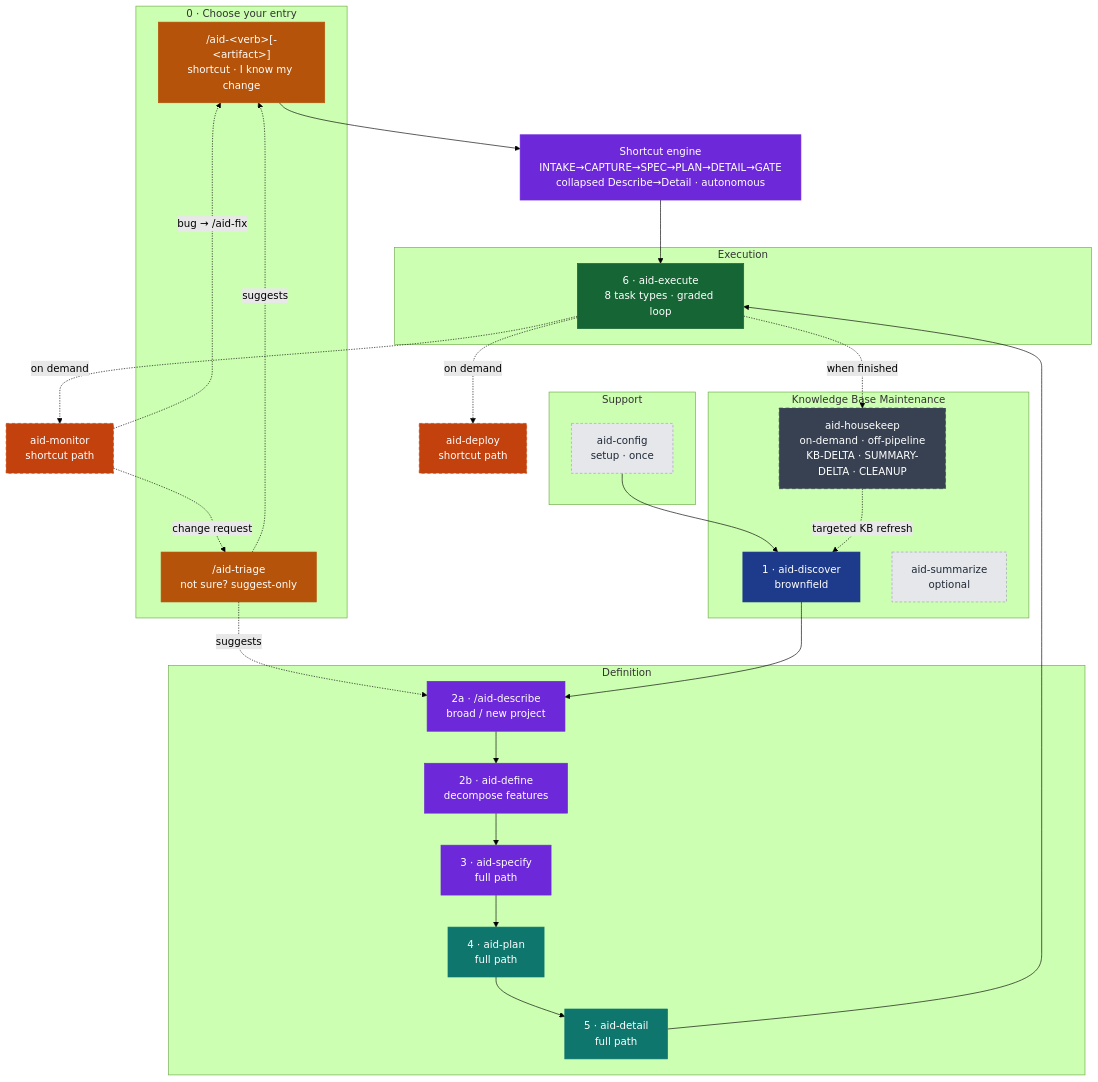
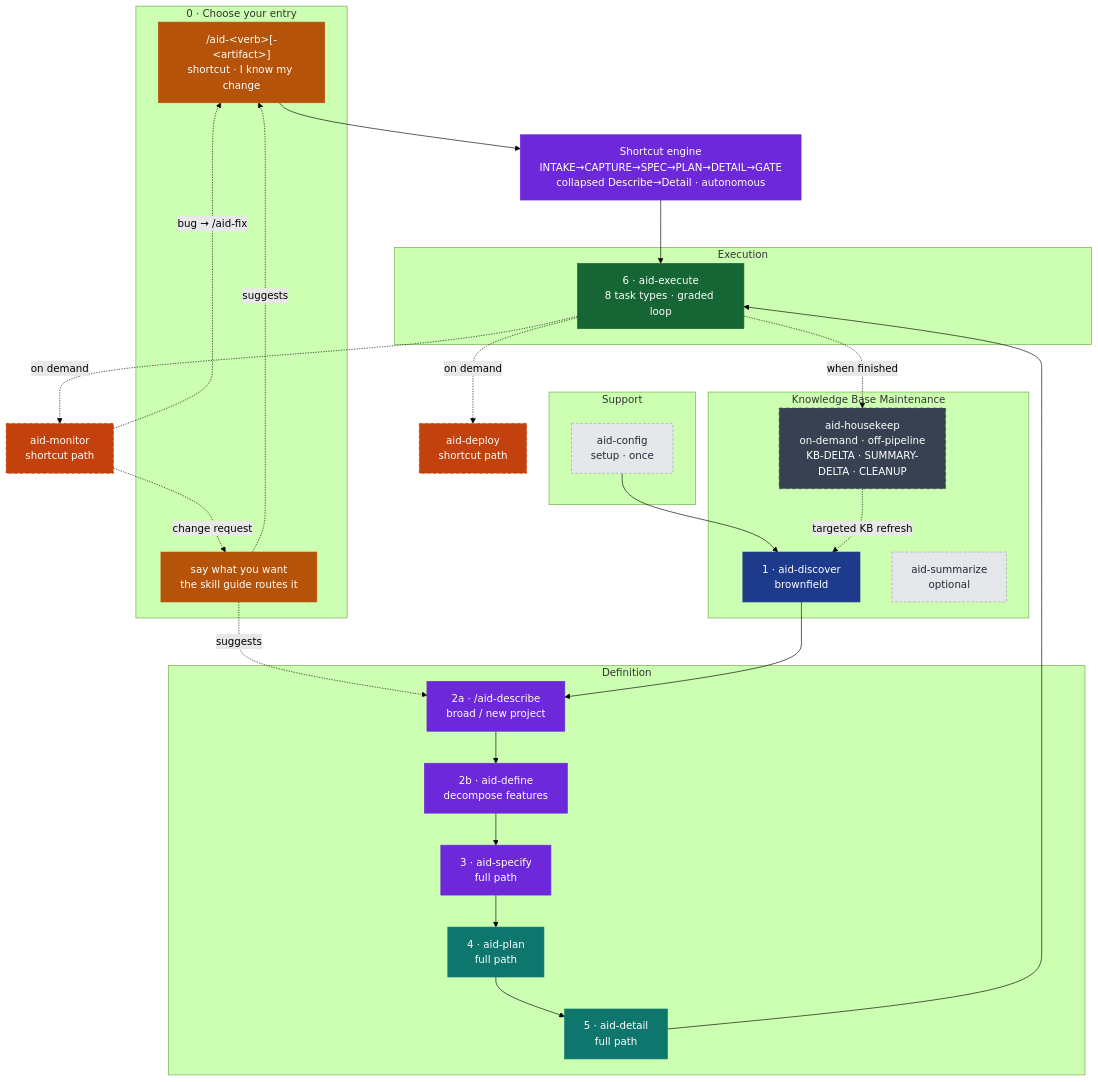
Before and after one commit to AndreVianna/aid-methodology: the diagram in site/src/content/docs/index.mdx, drawn with Mermaid (forest theme). The commit also changed other lines of this file and 17 other files, not shown here.

````diff
--- a/site/src/content/docs/index.mdx
+++ b/site/src/content/docs/index.mdx
@@ -25,50 +25,50 @@
 ```mermaid
 flowchart TB
     classDef prep    fill:#1E3A8A,stroke:#1E3A8A,color:#ffffff
     classDef def     fill:#6D28D9,stroke:#6D28D9,color:#ffffff
     classDef map     fill:#0F766E,stroke:#0F766E,color:#ffffff
     classDef exe     fill:#166534,stroke:#166534,color:#ffffff
     classDef delopt  fill:#C2410C,stroke:#C2410C,color:#ffffff,stroke-dasharray:5 4
     classDef aux     fill:#E5E7EB,stroke:#9CA3AF,color:#1F2937,stroke-dasharray:4 3
     classDef offpipe fill:#374151,stroke:#374151,color:#ffffff,stroke-dasharray:6 4
     classDef entry   fill:#B45309,stroke:#B45309,color:#ffffff
 
     subgraph G0[" 0 · Choose your entry "]
         SC["/aid-&lt;verb&gt;[-&lt;artifact&gt;]<br/>shortcut · I know my change"]:::entry
-        TR["/aid-triage<br/>not sure? suggest-only"]:::entry
+        TR["say what you want<br/>the skill guide routes it"]:::entry
     end
     subgraph GS[" Support "]
         Init["aid-config<br/>setup · once"]:::aux
     end
     subgraph G1[" Knowledge Base Maintenance "]
         Disc["1 · aid-discover<br/>brownfield"]:::prep
         Sum["aid-summarize<br/>optional"]:::aux
         HK["aid-housekeep<br/>on-demand · off-pipeline<br/>KB-DELTA · SUMMARY-DELTA · CLEANUP"]:::offpipe
     end
     subgraph G2[" Definition "]
         Desc["2a · /aid-describe<br/>broad / new project"]:::def
         Def["2b · aid-define<br/>decompose features"]:::def
         Spec["3 · aid-specify<br/>full path"]:::def
         Plan["4 · aid-plan<br/>full path"]:::map
         Det["5 · aid-detail<br/>full path"]:::map
     end
     subgraph G4[" Execution "]
         Exe["6 · aid-execute<br/>8 task types · graded loop"]:::exe
     end
 
     Eng["Shortcut engine<br/>INTAKE→CAPTURE→SPEC→PLAN→DETAIL→GATE<br/>collapsed Describe→Detail · autonomous"]:::def
     Dep["aid-deploy<br/>shortcut path"]:::delopt
     Mon["aid-monitor<br/>shortcut path"]:::delopt
 
     TR -. suggests .-> SC
     TR -. suggests .-> Desc
     Init --> Disc --> Desc
     SC --> Eng --> Exe
     Desc --> Def --> Spec --> Plan --> Det --> Exe
     Exe -. "on demand" .-> Dep
     Exe -. "on demand" .-> Mon
     Exe -. "when finished" .-> HK
     HK  -. "targeted KB refresh" .-> Disc
     Mon -. "bug → /aid-fix" .-> SC
     Mon -. "change request" .-> TR
 ```
````
